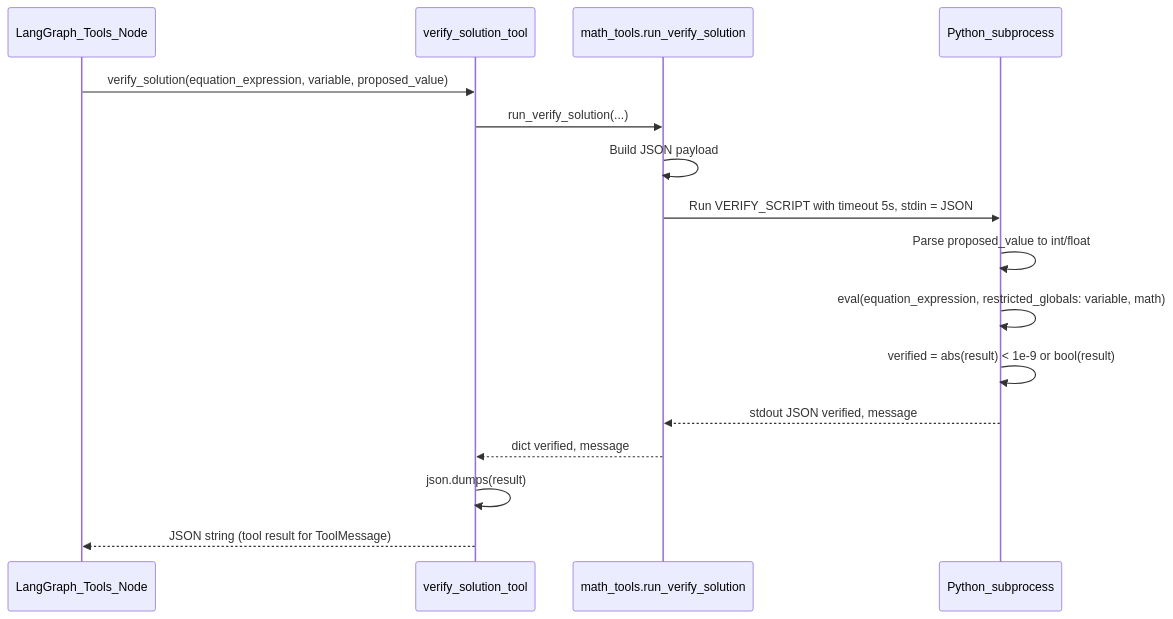
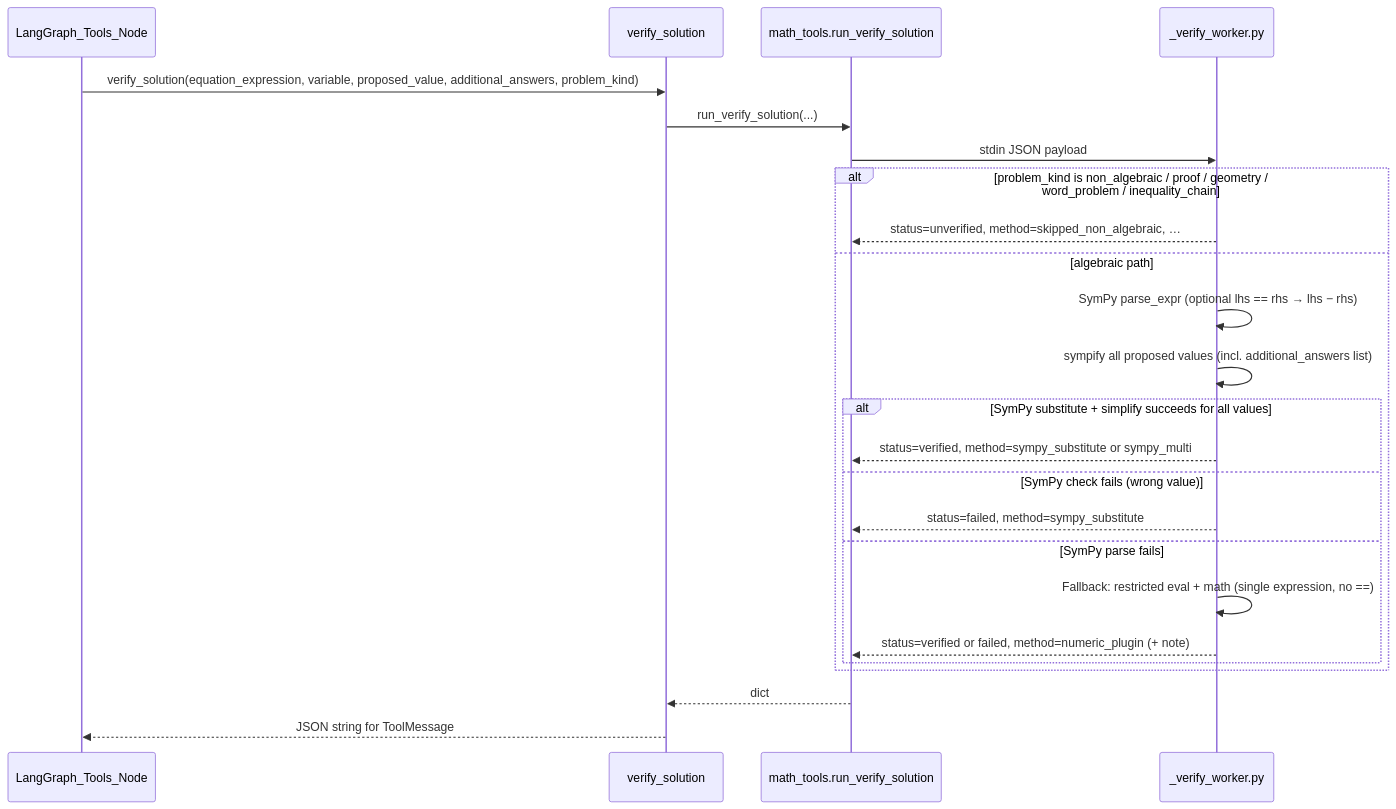
The third of 3 diagrams in docs/SEQUENCE_FLOW.md (hongtran/math-problem-solver), drawn with Mermaid before and after one commit. The commit also changed other lines of this file and 10 other files, not shown here.

````diff
--- a/docs/SEQUENCE_FLOW.md
+++ b/docs/SEQUENCE_FLOW.md
@@ -97,19 +112,27 @@
 ```mermaid
 sequenceDiagram
   participant Agent as LangGraph_Tools_Node
-  participant Tool as verify_solution_tool
+  participant Tool as verify_solution
   participant math_tools as math_tools.run_verify_solution
-  participant Subprocess as Python_subprocess
+  participant Subprocess as _verify_worker.py
 
-  Agent->>Tool: verify_solution(equation_expression, variable, proposed_value)
+  Agent->>Tool: verify_solution(equation_expression, variable, proposed_value, additional_answers, problem_kind)
   Tool->>math_tools: run_verify_solution(...)
-  math_tools->>math_tools: Build JSON payload
-  math_tools->>Subprocess: Run VERIFY_SCRIPT with timeout 5s, stdin = JSON
-  Subprocess->>Subprocess: Parse proposed_value to int/float
-  Subprocess->>Subprocess: eval(equation_expression, restricted_globals: variable, math)
-  Subprocess->>Subprocess: verified = abs(result) < 1e-9 or bool(result)
-  Subprocess-->>math_tools: stdout JSON verified, message
-  math_tools-->>Tool: dict verified, message
-  Tool->>Tool: json.dumps(result)
-  Tool-->>Agent: JSON string (tool result for ToolMessage)
+  math_tools->>Subprocess: stdin JSON payload
+  alt problem_kind is non_algebraic / proof / geometry / word_problem / inequality_chain
+    Subprocess-->>math_tools: status=unverified, method=skipped_non_algebraic, …
+  else algebraic path
+    Subprocess->>Subprocess: SymPy parse_expr (optional lhs == rhs → lhs − rhs)
+    Subprocess->>Subprocess: sympify all proposed values (incl. additional_answers list)
+    alt SymPy substitute + simplify succeeds for all values
+      Subprocess-->>math_tools: status=verified, method=sympy_substitute or sympy_multi
+    else SymPy check fails (wrong value)
+      Subprocess-->>math_tools: status=failed, method=sympy_substitute
+    else SymPy parse fails
+      Subprocess->>Subprocess: Fallback: restricted eval + math (single expression, no ==)
+      Subprocess-->>math_tools: status=verified or failed, method=numeric_plugin (+ note)
+    end
+  end
+  math_tools-->>Tool: dict
+  Tool-->>Agent: JSON string for ToolMessage
 ```
````
